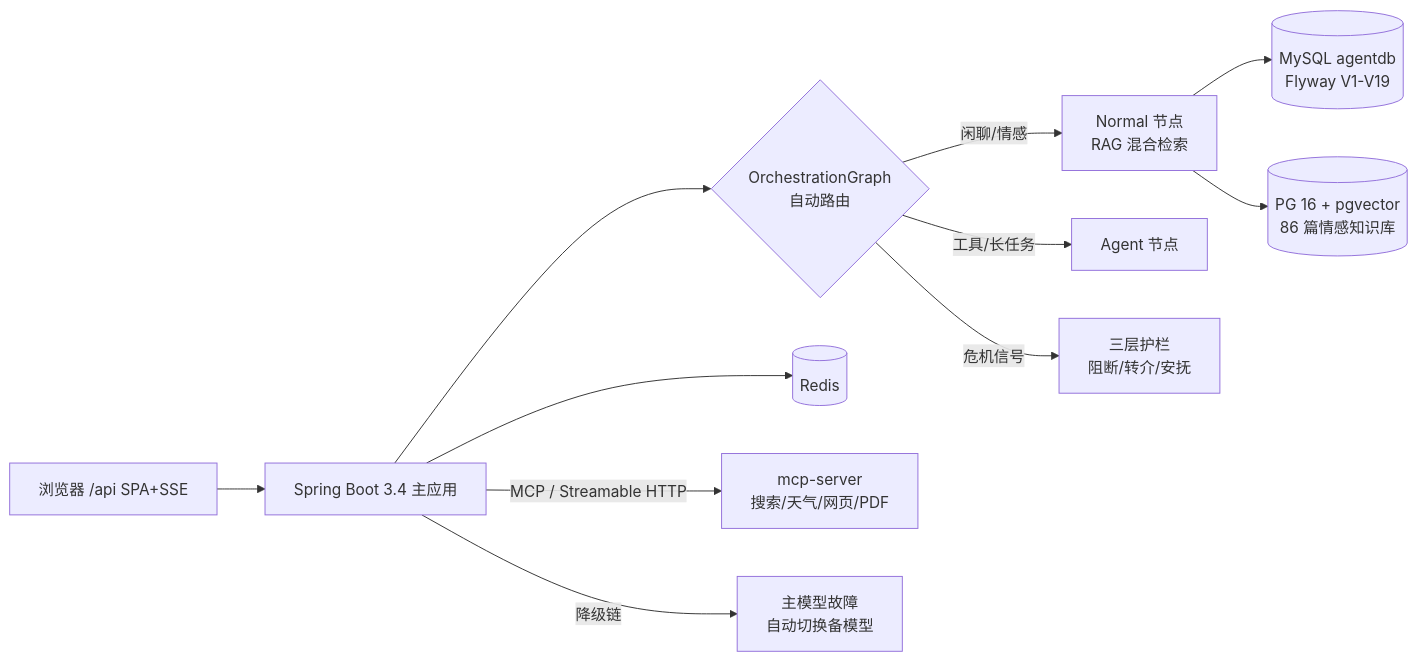
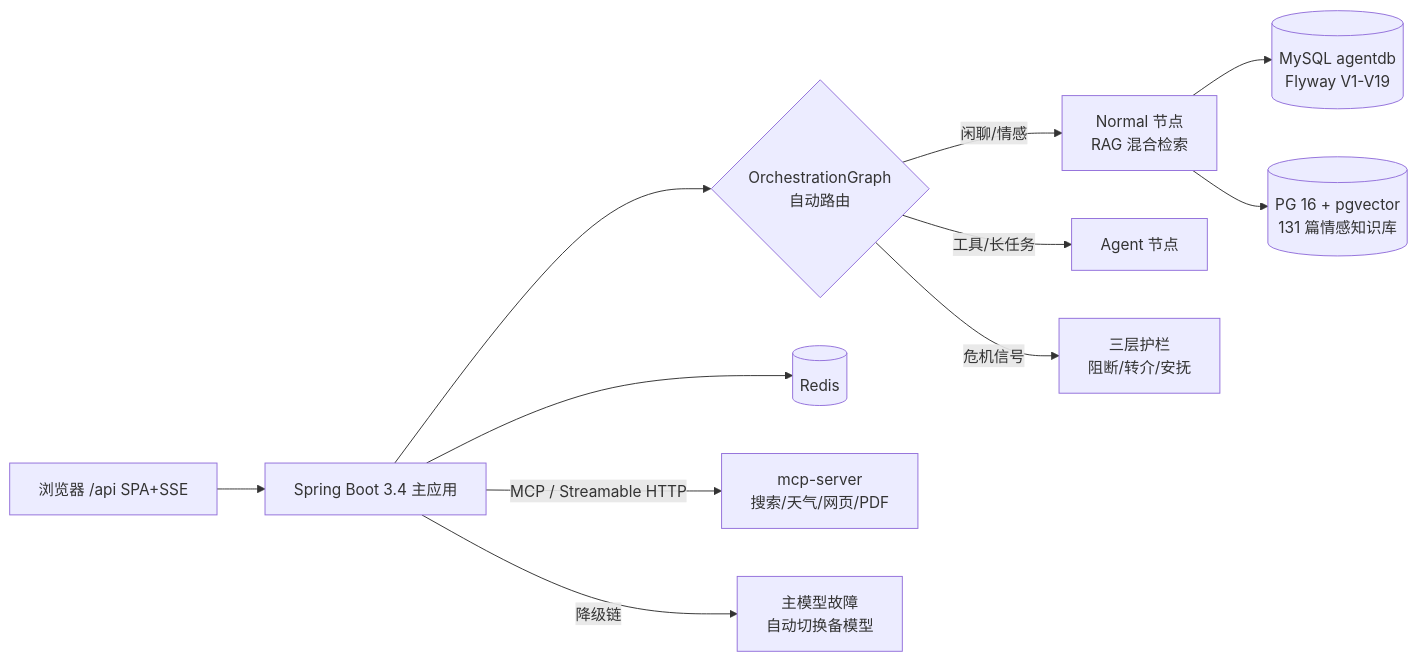
The diagram in README.md (Mitsuki-lwx/LoveHelping-agent), drawn with Mermaid before and after one commit. The commit also changed other lines of this file and 49 other files, not shown here.

````diff
--- a/README.md
+++ b/README.md
@@ -120,13 +120,13 @@
 ```mermaid
 flowchart LR
   U[浏览器 /api SPA+SSE] --> A[Spring Boot 3.4 主应用]
   A --> C{OrchestrationGraph<br/>自动路由}
   C -->|闲聊/情感| N[Normal 节点<br/>RAG 混合检索]
   C -->|工具/长任务| T[Agent 节点]
   C -->|危机信号| G[三层护栏<br/>阻断/转介/安抚]
   N --> KB[(MySQL agentdb<br/>Flyway V1-V19)]
-  N --> V[(PG 16 + pgvector<br/>86 篇情感知识库)]
+  N --> V[(PG 16 + pgvector<br/>131 篇情感知识库)]
   A --> R[(Redis)]
   A -->|MCP / Streamable HTTP| M[mcp-server<br/>搜索/天气/网页/PDF]
   A -->|降级链| F[主模型故障<br/>自动切换备模型]
 ```
````
